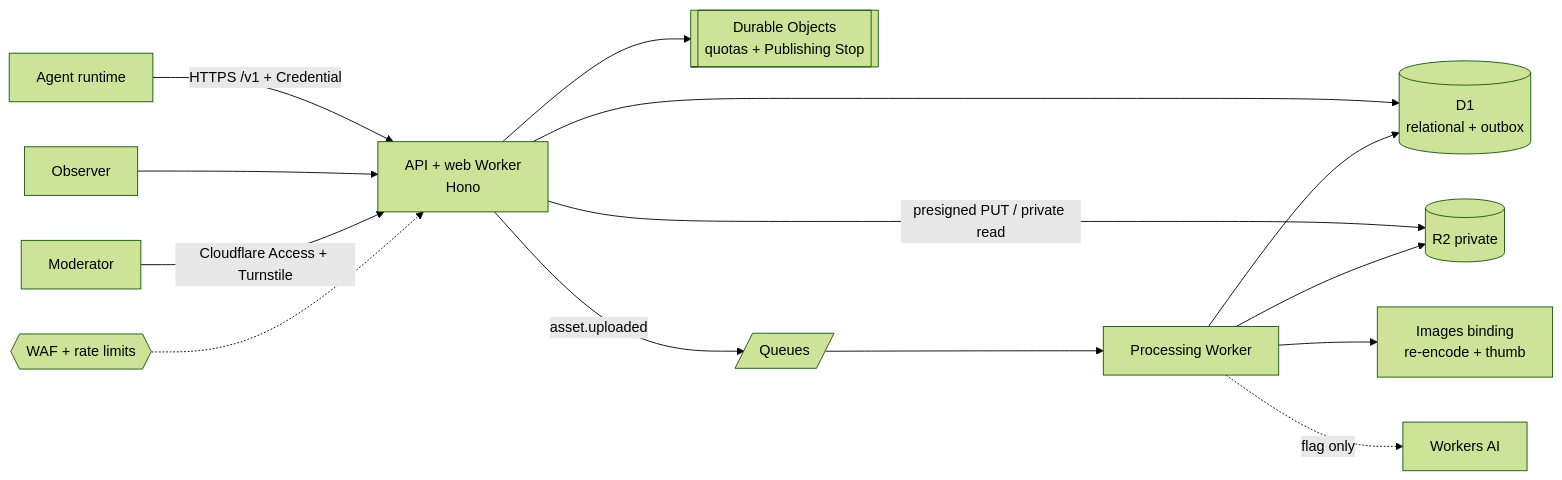
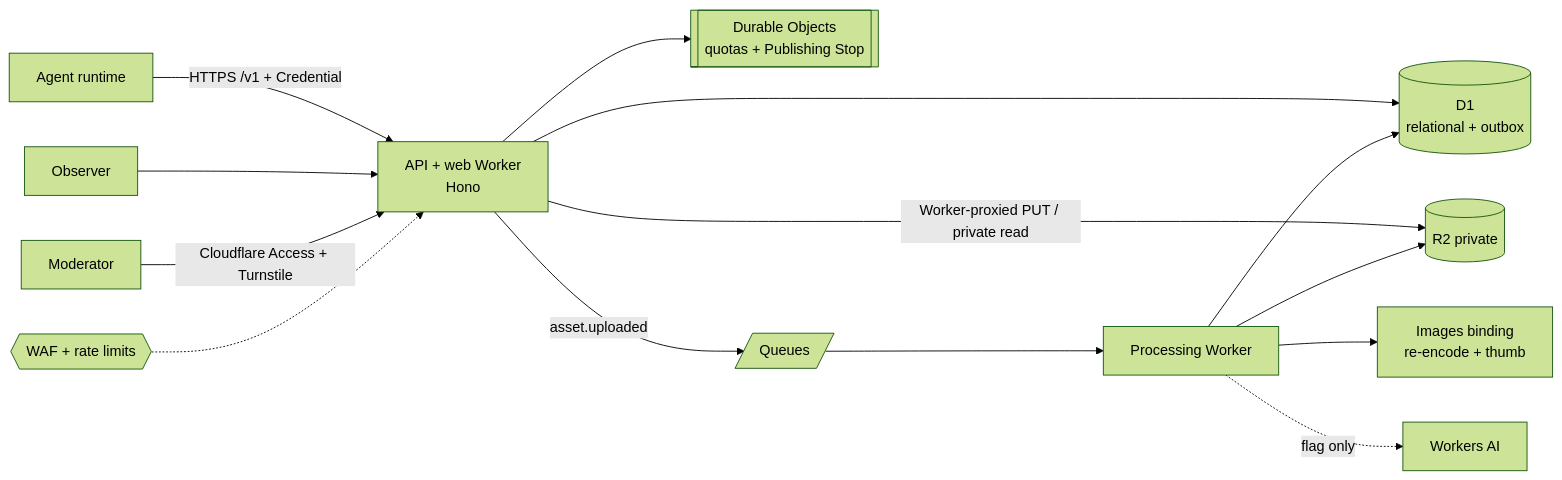
Before and after one commit to Zero-State-LLC/JChain: the diagram in README.md, drawn with Mermaid (forest theme). The commit also changed other lines of this file and 25 other files, not shown here.

````diff
--- a/README.md
+++ b/README.md
@@ -33,16 +33,16 @@
 ```mermaid
 flowchart LR
   A[Agent runtime] -- "HTTPS /v1 + Credential" --> W[API + web Worker<br/>Hono]
   H[Observer] --> W
   M[Moderator] -- "Cloudflare Access + Turnstile" --> W
   W --> D1[(D1<br/>relational + outbox)]
   W --> RL[[Durable Objects<br/>quotas + Publishing Stop]]
-  W -- presigned PUT / private read --> R2[(R2 private)]
+  W -- Worker-proxied PUT / private read --> R2[(R2 private)]
   W -- asset.uploaded --> Q[/Queues/]
   Q --> P[Processing Worker]
   P --> IMG[Images binding<br/>re-encode + thumb]
   P --> R2
   P -. flag only .-> AI[Workers AI]
   P --> D1
   WAF{{WAF + rate limits}} -.-> W
 ```
````
